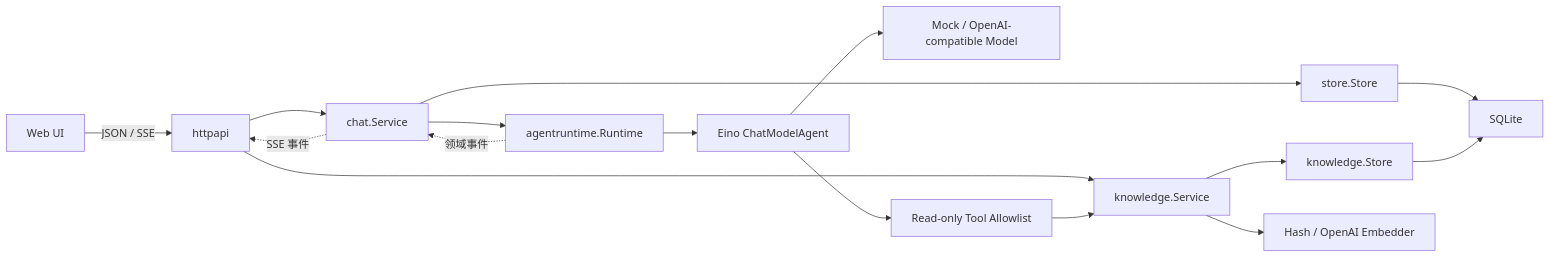
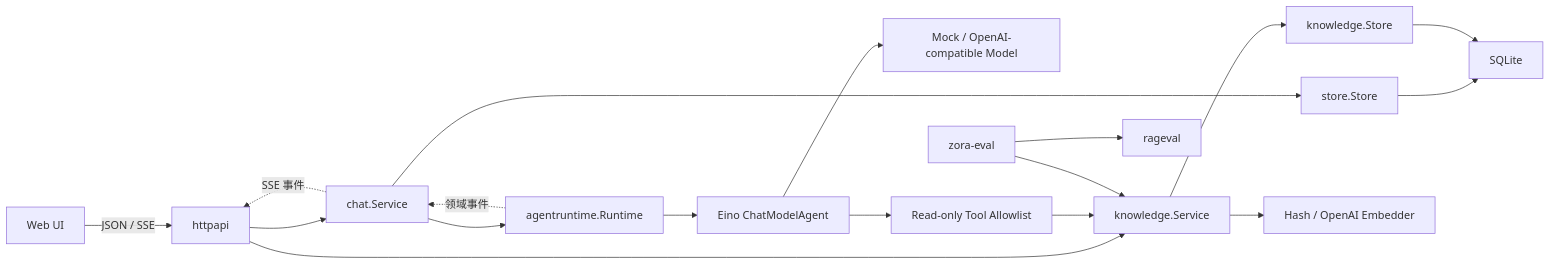
One commit to zora-DD/zora changed the fourth of 4 diagrams in docs/project-analysis.md. Above: the diagram before and after it, drawn with Mermaid. The commit also changed other lines of this file and 15 other files, not shown here.

````diff
--- a/docs/project-analysis.md
+++ b/docs/project-analysis.md
@@ -279,19 +280,21 @@
 ```mermaid
 flowchart LR
     Browser["Web UI"] -->|"JSON / SSE"| HTTP["httpapi"]
     HTTP --> Chat["chat.Service"]
     HTTP --> Knowledge["knowledge.Service"]
     Chat --> Runtime["agentruntime.Runtime"]
     Runtime --> ADK["Eino ChatModelAgent"]
     ADK --> Model["Mock / OpenAI-compatible Model"]
     ADK --> Tools["Read-only Tool Allowlist"]
     Tools --> Knowledge
     Chat --> Store["store.Store"]
     Knowledge --> KStore["knowledge.Store"]
     Store --> SQLite["SQLite"]
     KStore --> SQLite
     Knowledge --> Embedder["Hash / OpenAI Embedder"]
+    EvalCLI["zora-eval"] --> RAGEval["rageval"]
+    EvalCLI --> Knowledge
 
     Runtime -. "领域事件" .-> Chat
     Chat -. "SSE 事件" .-> HTTP
 ```
````
